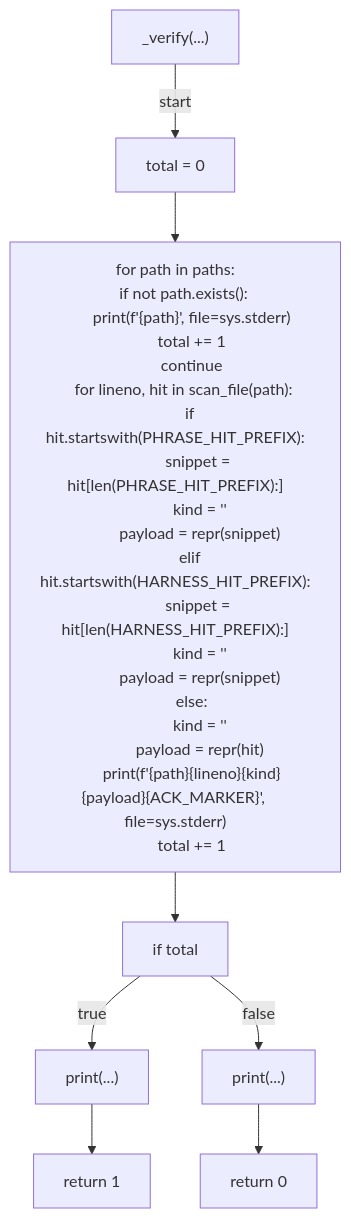
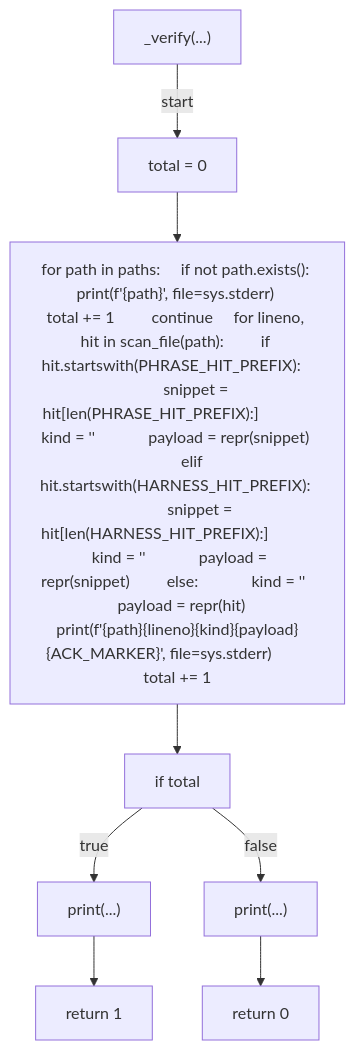
The fourth of 6 diagrams in docs/generated/scripts/ast/scan_apm_portability.md (tvna/claude-md), drawn with Mermaid before and after one commit. The commit also changed other lines of this file and 29 other files, not shown here.

First line of the commit message:
docs(generated): regenerate decision tree and workflow diagrams (batch 3/5)

````diff
--- a/docs/generated/scripts/ast/scan_apm_portability.md
+++ b/docs/generated/scripts/ast/scan_apm_portability.md
@@ -53,36 +48,18 @@
 ```mermaid
 flowchart TD
     N001["_verify(...)"]
     N002["total = 0"]
-    N003["for path in paths:
-    if not path.exists():
-        print(f'<str>{path}', file=sys.stderr)
-        total += 1
-        continue
-    for lineno, hit in scan_file(path):
-        if hit.startswith(PHRASE_HIT_PREFIX):
-            snippet = hit[len(PHRASE_HIT_PREFIX):]
-            kind = '<str>'
-            payload = repr(snippet)
-        elif hit.startswith(HARNESS_HIT_PREFIX):
-            snippet = hit[len(HARNESS_HIT_PREFIX):]
-            kind = '<str>'
-            payload = repr(snippet)
-        else:
-            kind = '<str>'
-            payload = repr(hit)
-        print(f'<str>{path}<str>{lineno}<str>{kind}<str>{payload}<str>{ACK_MARKER}<str>', file=sys.stderr)
-        total += 1"]
+    N003["for path in paths:     if not path.exists():         print(f'<str>{path}', file=sys.stderr)         total += 1         continue     for lineno, hit in scan_file(path):         if hit.startswith(PHRASE_HIT_PREFIX):             snippet = hit[len(PHRASE_HIT_PREFIX):]             kind = '<str>'             payload = repr(snippet)         elif hit.startswith(HARNESS_HIT_PREFIX):             snippet = hit[len(HARNESS_HIT_PREFIX):]             kind = '<str>'             payload = repr(snippet)         else:             kind = '<str>'             payload = repr(hit)         print(f'<str>{path}<str>{lineno}<str>{kind}<str>{payload}<str>{ACK_MARKER}<str>', file=sys.stderr)         total += 1"]
     N004["if total"]
     N005["print(...)"]
     N006["return 1"]
     N007["print(...)"]
     N008["return 0"]
     N001 -->|"start"| N002
     N002 --> N003
     N003 --> N004
     N004 -->|"true"| N005
     N005 --> N006
     N004 -->|"false"| N007
     N007 --> N008
 ```
````
